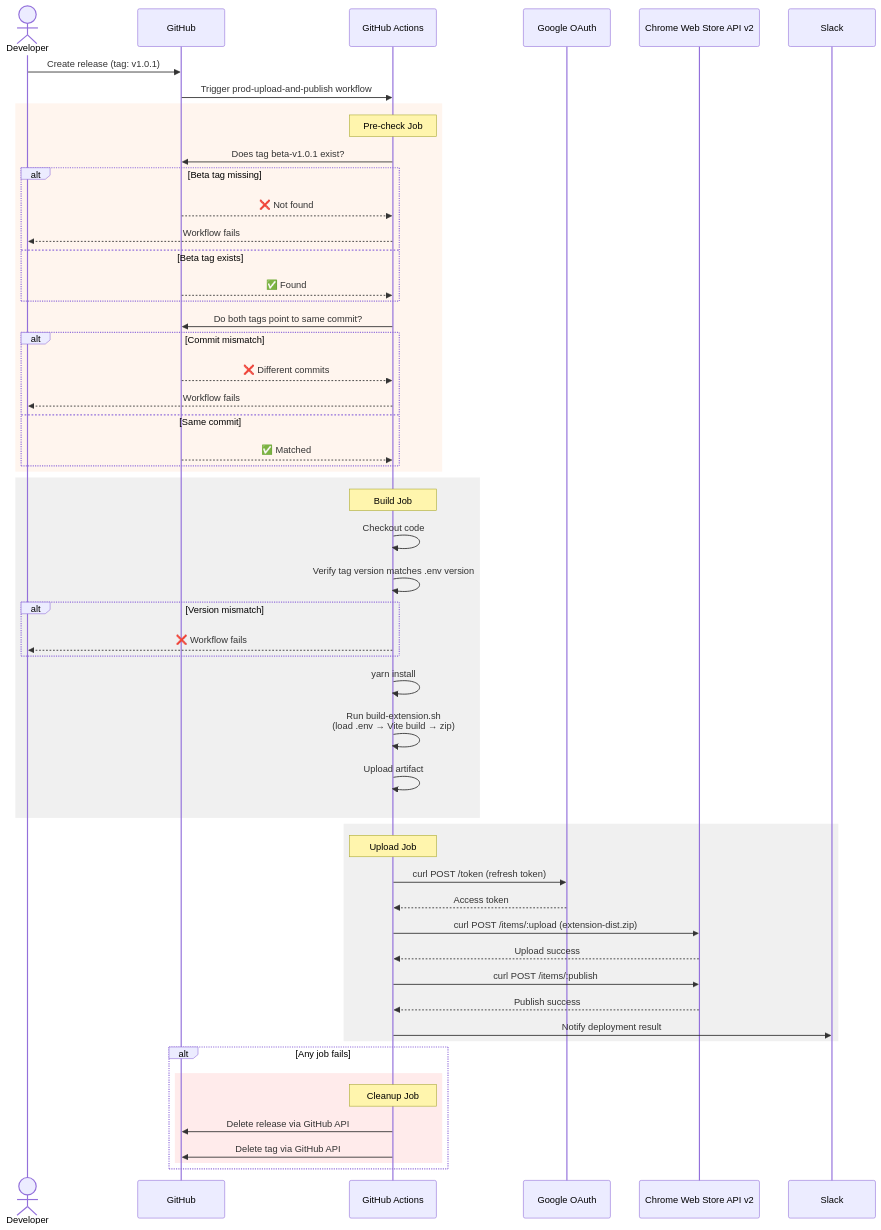
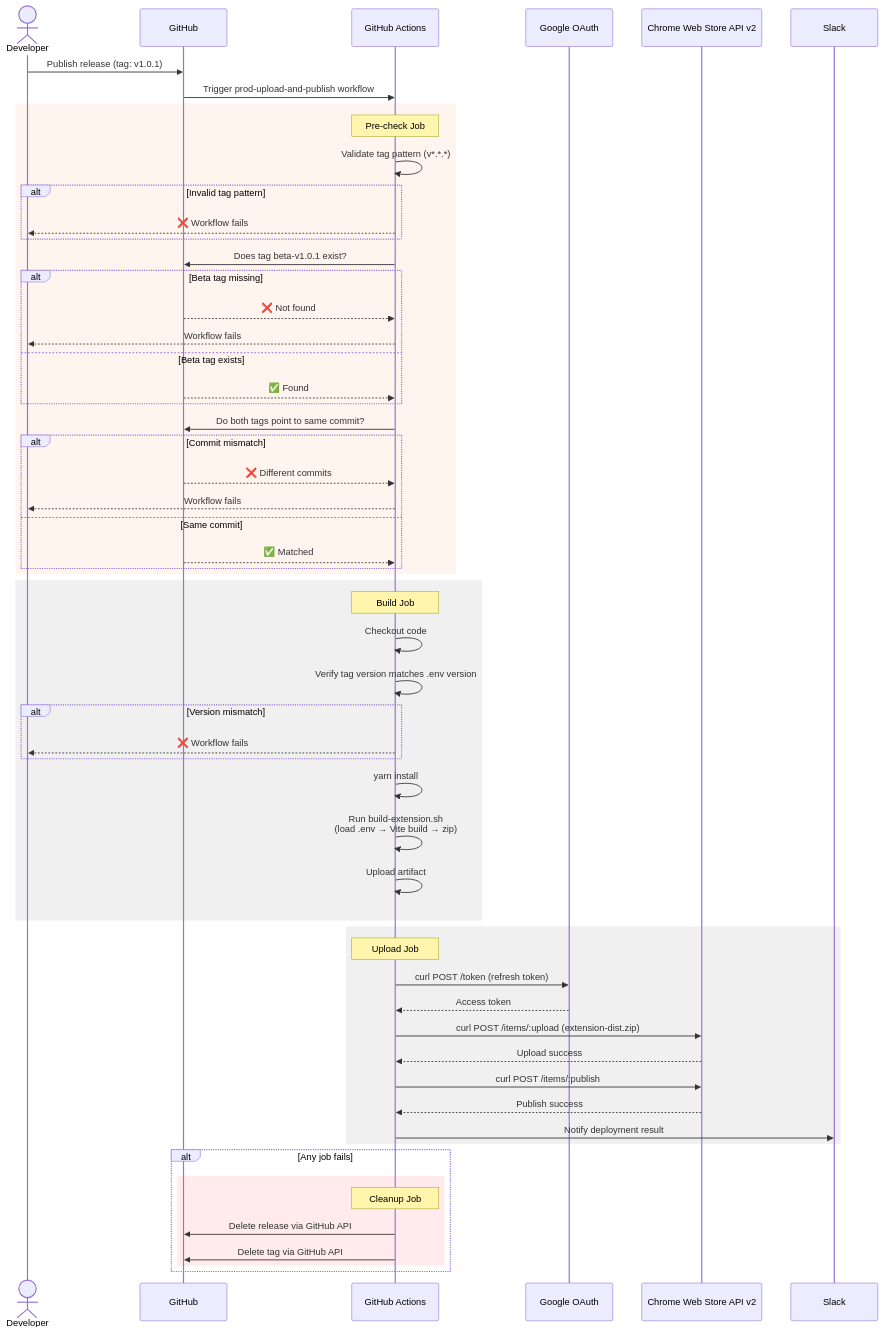
Before and after one commit to cg-ysun/chrome-extension-test: the diagram in docs/prod-workflow.mmd, drawn with Mermaid. The commit also changed 5 other files, not shown here.

Commit message:
on release publish

```diff
--- a/docs/prod-workflow.mmd
+++ b/docs/prod-workflow.mmd
@@ -1,59 +1,63 @@
 sequenceDiagram
     actor Dev as Developer
     participant GH as GitHub
     participant GHA as GitHub Actions
     participant OAuth as Google OAuth
     participant CWS as Chrome Web Store API v2
     participant Slack as Slack
 
-    Dev->>GH: Create release (tag: v1.0.1)
+    Dev->>GH: Publish release (tag: v1.0.1)
     GH->>GHA: Trigger prod-upload-and-publish workflow
 
     rect rgb(255, 245, 238)
         Note over GHA: Pre-check Job
+        GHA->>GHA: Validate tag pattern (v*.*.*)
+        alt Invalid tag pattern
+            GHA-->>Dev: ❌ Workflow fails
+        end
         GHA->>GH: Does tag beta-v1.0.1 exist?
         alt Beta tag missing
             GH-->>GHA: ❌ Not found
             GHA-->>Dev: Workflow fails
         else Beta tag exists
             GH-->>GHA: ✅ Found
         end
         GHA->>GH: Do both tags point to same commit?
         alt Commit mismatch
             GH-->>GHA: ❌ Different commits
             GHA-->>Dev: Workflow fails
         else Same commit
             GH-->>GHA: ✅ Matched
         end
     end
 
     rect rgb(240, 240, 240)
         Note over GHA: Build Job
         GHA->>GHA: Checkout code
         GHA->>GHA: Verify tag version matches .env version
         alt Version mismatch
             GHA-->>Dev: ❌ Workflow fails
         end
         GHA->>GHA: yarn install
         GHA->>GHA: Run build-extension.sh<br/>(load .env → Vite build → zip)
         GHA->>GHA: Upload artifact
     end
 
     rect rgb(240, 240, 240)
         Note over GHA: Upload Job
         GHA->>OAuth: curl POST /token (refresh token)
         OAuth-->>GHA: Access token
         GHA->>CWS: curl POST /items/:upload (extension-dist.zip)
         CWS-->>GHA: Upload success
         GHA->>CWS: curl POST /items/:publish
         CWS-->>GHA: Publish success
         GHA->>Slack: Notify deployment result
     end
 
     alt Any job fails
         rect rgb(255, 235, 235)
             Note over GHA: Cleanup Job
             GHA->>GH: Delete release via GitHub API
             GHA->>GH: Delete tag via GitHub API
         end
     end
```
